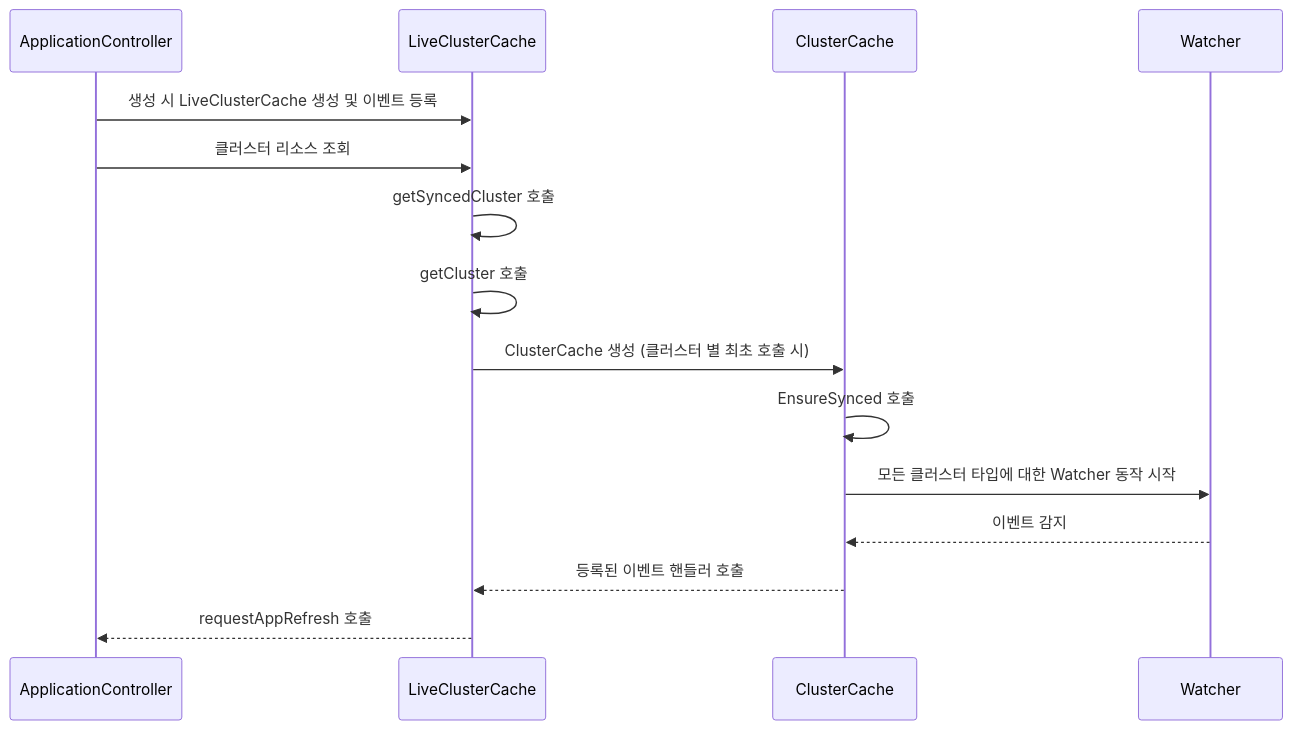
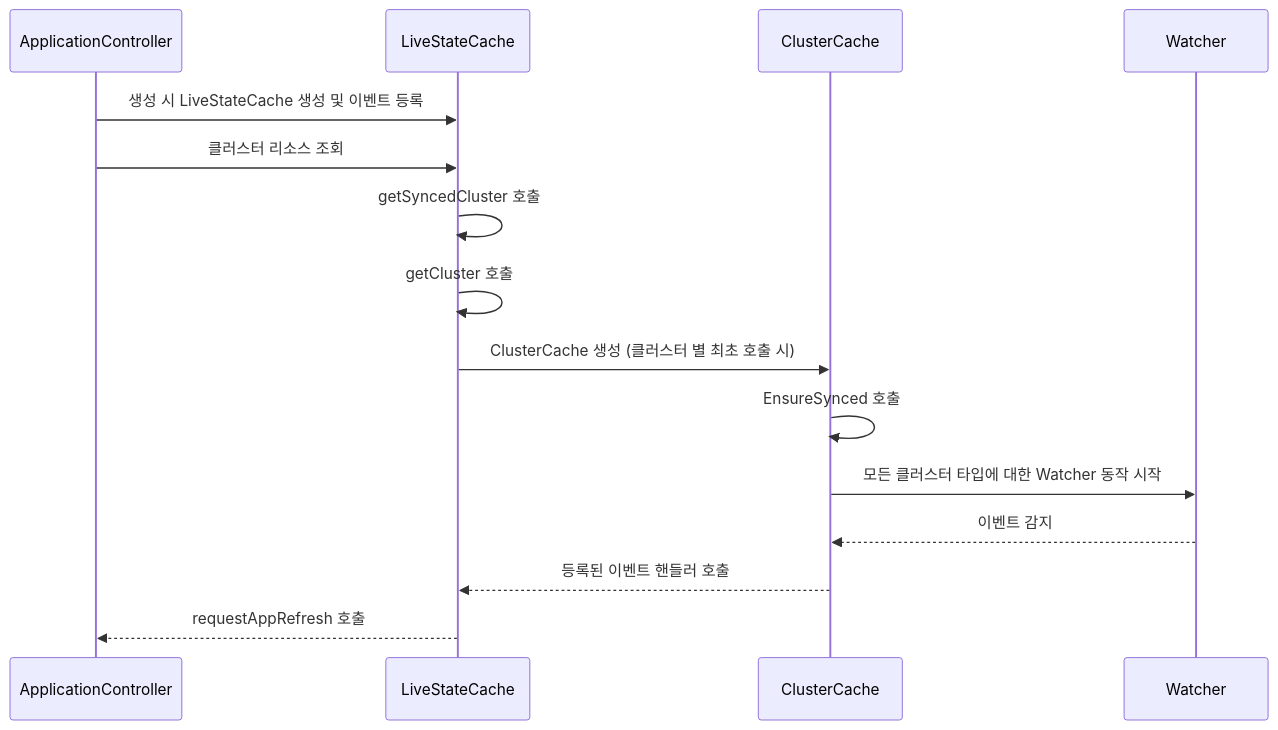
Before and after one commit to atgane/atgane.github.io: the diagram in _posts/2025-03-22-argocd8.md, drawn with Mermaid. The commit also changed other lines of this file and 7 other files, not shown here.

````diff
--- a/_posts/2025-03-22-argocd8.md
+++ b/_posts/2025-03-22-argocd8.md
@@ -312,18 +315,18 @@
 ```mermaid
 sequenceDiagram
     participant ApplicationController
-    participant LiveClusterCache
+	participant LiveStateCache
     participant ClusterCache
     participant Watcher
 
-    ApplicationController->>LiveClusterCache: 생성 시 LiveClusterCache 생성 및 이벤트 등록
-    ApplicationController->>LiveClusterCache: 클러스터 리소스 조회
-    LiveClusterCache->>LiveClusterCache: getSyncedCluster 호출
-    LiveClusterCache->>LiveClusterCache: getCluster 호출
-    LiveClusterCache->>ClusterCache: ClusterCache 생성 (클러스터 별 최초 호출 시)
+	ApplicationController->>LiveStateCache: 생성 시 LiveStateCache 생성 및 이벤트 등록
+	ApplicationController->>LiveStateCache: 클러스터 리소스 조회
+	LiveStateCache->>LiveStateCache: getSyncedCluster 호출
+	LiveStateCache->>LiveStateCache: getCluster 호출
+	LiveStateCache->>ClusterCache: ClusterCache 생성 (클러스터 별 최초 호출 시)
     ClusterCache->>ClusterCache: EnsureSynced 호출
     ClusterCache->>Watcher: 모든 클러스터 타입에 대한 Watcher 동작 시작
     Watcher-->>ClusterCache: 이벤트 감지
-    ClusterCache-->>LiveClusterCache: 등록된 이벤트 핸들러 호출
-    LiveClusterCache-->>ApplicationController: requestAppRefresh 호출
+	ClusterCache-->>LiveStateCache: 등록된 이벤트 핸들러 호출
+	LiveStateCache-->>ApplicationController: requestAppRefresh 호출
 ```
````
